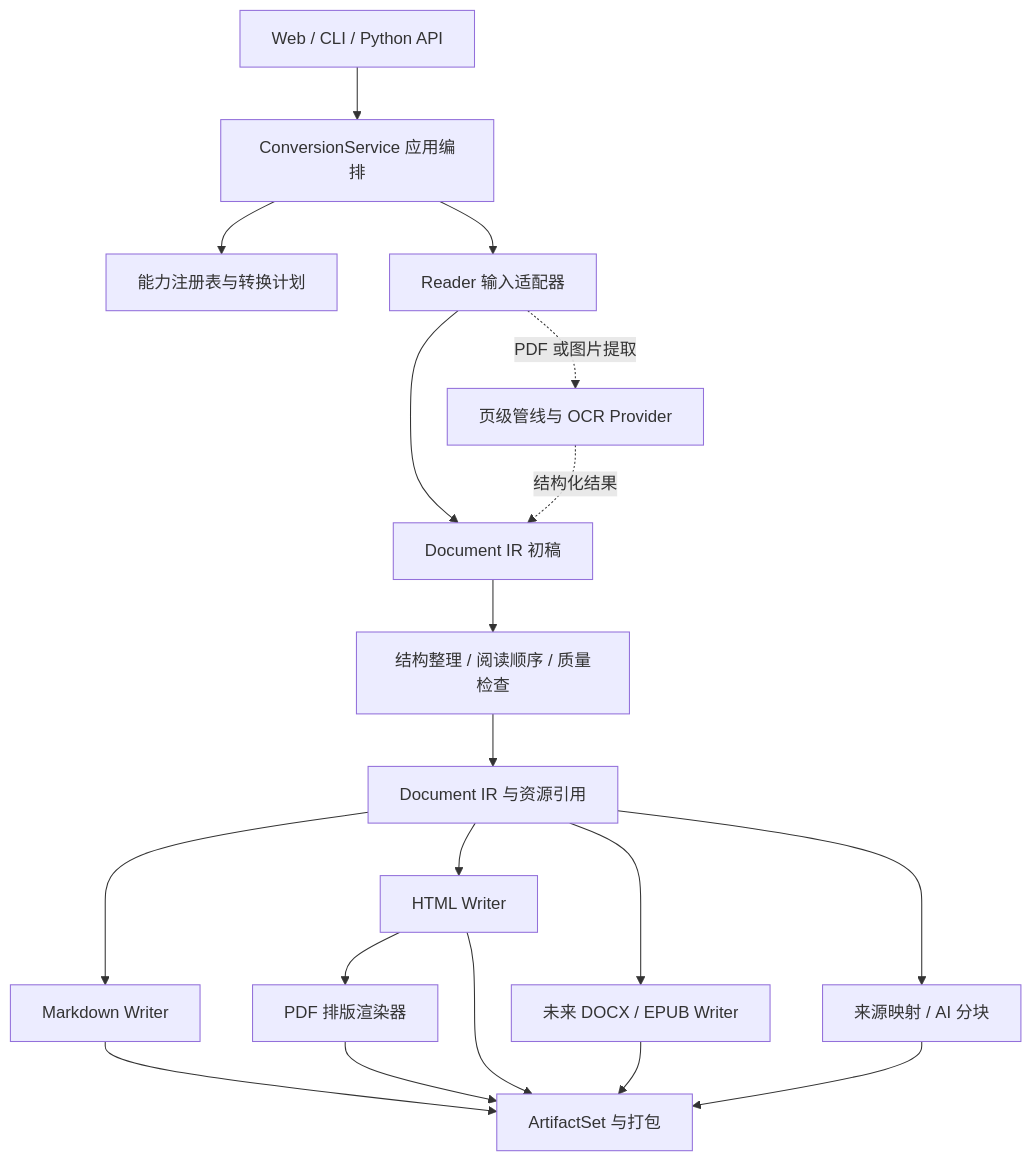
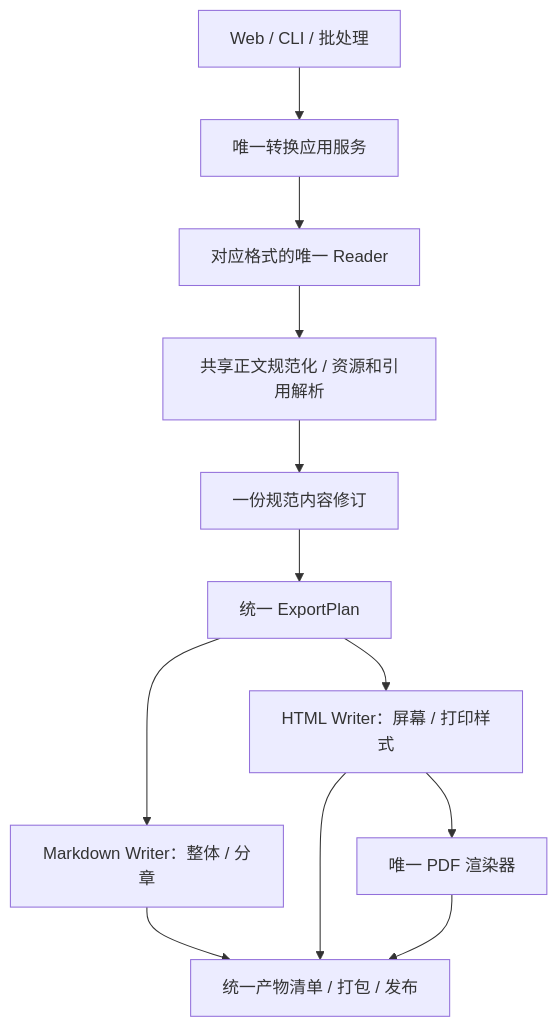
The diagram in specs/0002-conversion-architecture.md (XFreeMing/any_to_md), drawn with Mermaid before and after one commit. The commit also changed other lines of this file and 99 other files, not shown here.

````diff
--- a/specs/0002-conversion-architecture.md
+++ b/specs/0002-conversion-architecture.md
@@ -44,21 +41,14 @@
 ```mermaid
 flowchart TD
-    Entry[Web / CLI / Python API] --> App[ConversionService 应用编排]
-    App --> Registry[能力注册表与转换计划]
-    App --> Reader[Reader 输入适配器]
-    Reader --> Draft[Document IR 初稿]
-    Draft --> Process[结构整理 / 阅读顺序 / 质量检查]
-    Process --> IR[Document IR 与资源引用]
-    IR --> MD[Markdown Writer]
-    IR --> HTML[HTML Writer]
-    HTML --> PDF[PDF 排版渲染器]
-    IR --> Future[未来 DOCX / EPUB Writer]
-    IR --> AI[来源映射 / AI 分块]
-    MD --> Bundle[ArtifactSet 与打包]
-    PDF --> Bundle
-    Future --> Bundle
-    AI --> Bundle
-    HTML --> Bundle
-    Reader -. PDF 或图片提取 .-> OCR[页级管线与 OCR Provider]
-    OCR -. 结构化结果 .-> Draft
+    Entry[Web / CLI / 批处理] --> App[唯一转换应用服务]
+    App --> Reader[对应格式的唯一 Reader]
+    Reader --> Normalize[共享正文规范化 / 资源和引用解析]
+    Normalize --> Doc[一份规范内容修订]
+    Doc --> Plan[统一 ExportPlan]
+    Plan --> MD[Markdown Writer：整体 / 分章]
+    Plan --> HTML[HTML Writer：屏幕 / 打印样式]
+    HTML --> PDF[唯一 PDF 渲染器]
+    MD --> Artifacts[统一产物清单 / 打包 / 发布]
+    HTML --> Artifacts
+    PDF --> Artifacts
 ```
````
